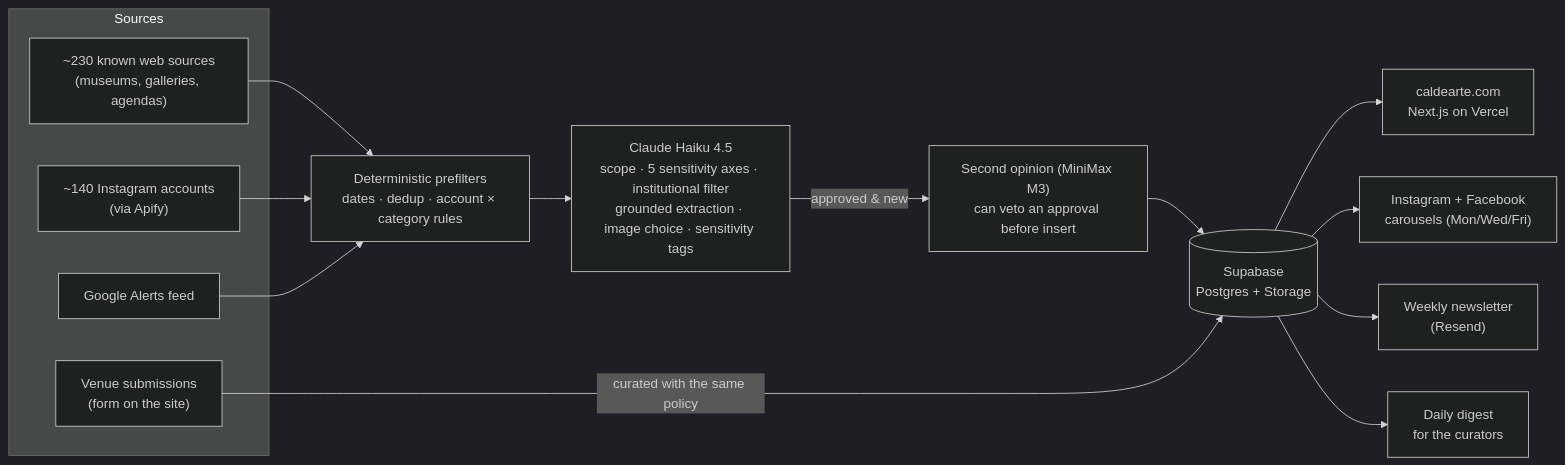
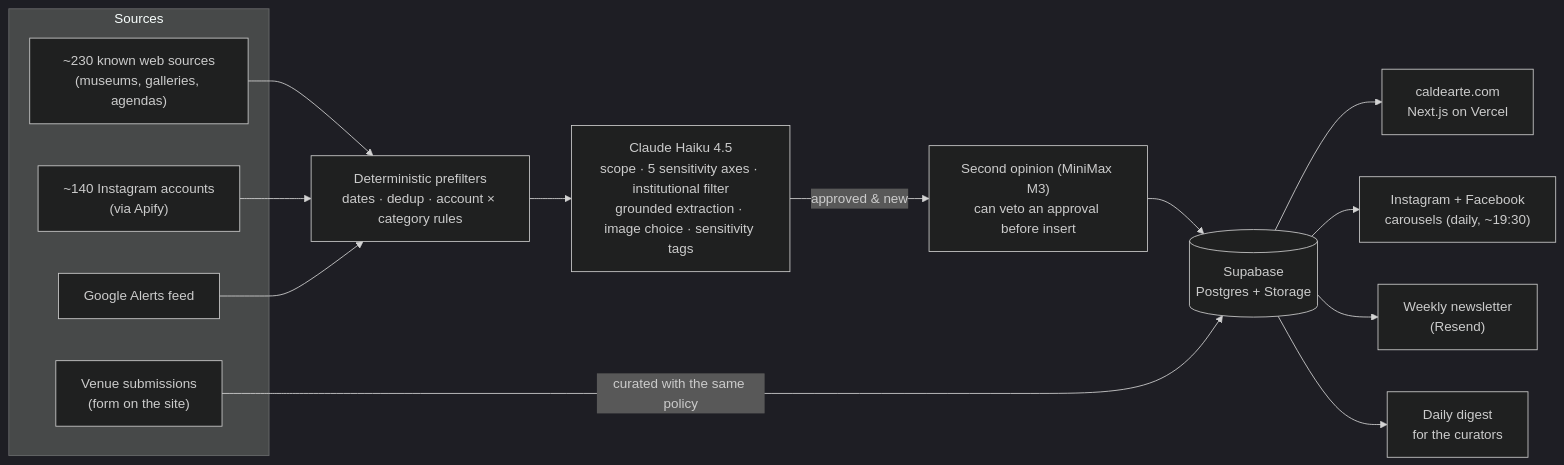
Before and after one commit to caldearte/caldearte: the diagram in README.md, drawn with Mermaid (dark theme). The commit also changed other lines of this file and 7 other files, not shown here.

````diff
--- a/README.md
+++ b/README.md
@@ -38,20 +38,20 @@
 ```mermaid
 flowchart LR
   subgraph Sources
     A["~230 known web sources<br/>(museums, galleries, agendas)"]
     B["~140 Instagram accounts<br/>(via Apify)"]
     C["Google Alerts feed"]
     D["Venue submissions<br/>(form on the site)"]
   end
 
   A & B & C --> P["Deterministic prefilters<br/>dates · dedup · account × category rules"]
   P --> H["Claude Haiku 4.5<br/>scope · 5 sensitivity axes · institutional filter<br/>grounded extraction · image choice · sensitivity tags"]
   H -- approved & new --> M["Second opinion (MiniMax M3)<br/>can veto an approval before insert"]
   M --> DB[("Supabase<br/>Postgres + Storage")]
   D -- curated with the same policy --> DB
 
   DB --> W["caldearte.com<br/>Next.js on Vercel"]
-  DB --> S["Instagram + Facebook<br/>carousels (Mon/Wed/Fri)"]
+  DB --> S["Instagram + Facebook<br/>carousels (daily, ~19:30)"]
   DB --> N["Weekly newsletter<br/>(Resend)"]
   DB --> G["Daily digest<br/>for the curators"]
 ```
````
